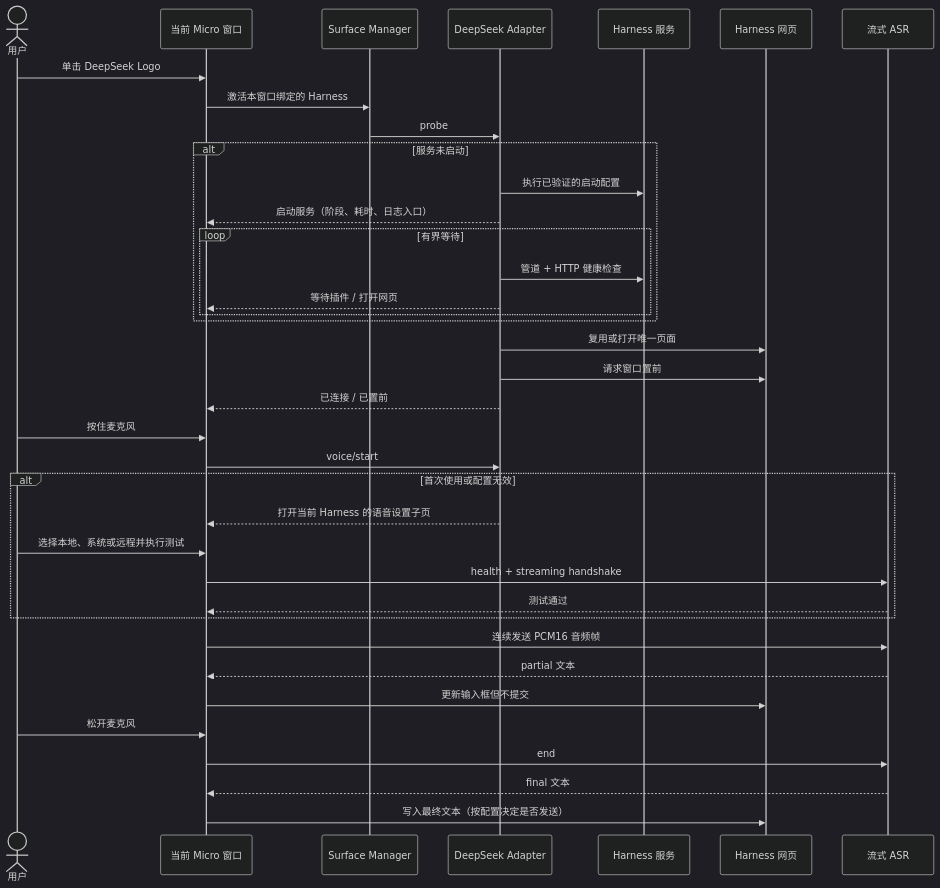
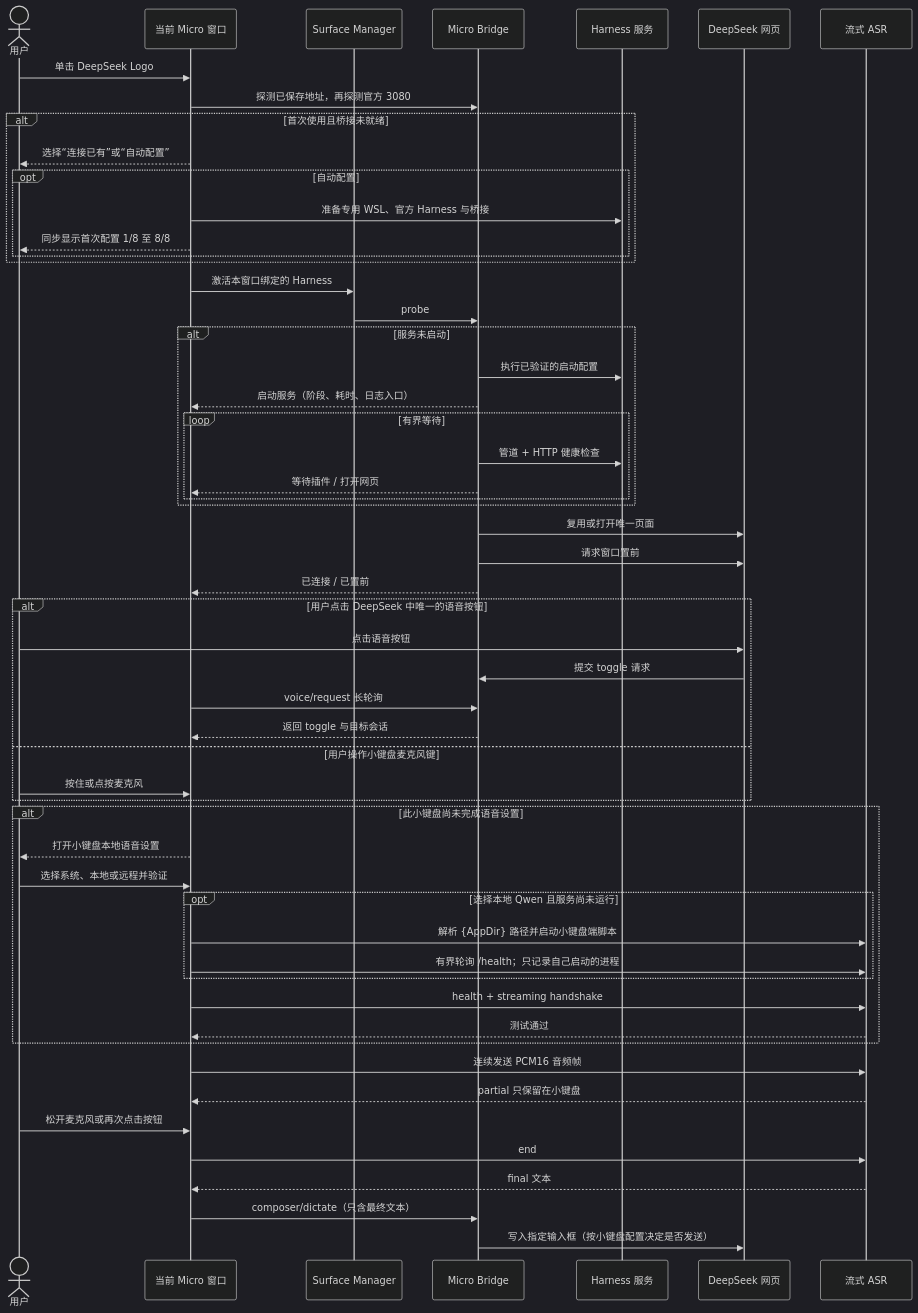
Before and after one commit to gantrol/AgentController: the second of 2 diagrams in virtual-micro/DESIGN.zh-CN.md, drawn with Mermaid (dark theme). The commit also changed other lines of this file and 71 other files, not shown here.

Commit message:
release(micro): ship Deepseek Harness Keypad v0.2.4

````diff
--- a/virtual-micro/DESIGN.zh-CN.md
+++ b/virtual-micro/DESIGN.zh-CN.md
@@ -363,41 +374,59 @@
 ```mermaid
 sequenceDiagram
     actor U as 用户
     participant M as 当前 Micro 窗口
     participant SM as Surface Manager
-    participant A as DeepSeek Adapter
+    participant B as Micro Bridge
     participant H as Harness 服务
-    participant W as Harness 网页
+    participant D as DeepSeek 网页
     participant V as 流式 ASR
 
     U->>M: 单击 DeepSeek Logo
-    M->>SM: 激活本窗口绑定的 Harness
-    SM->>A: probe
-    alt 服务未启动
-        A->>H: 执行已验证的启动配置
-        A-->>M: 启动服务（阶段、耗时、日志入口）
-        loop 有界等待
-            A->>H: 管道 + HTTP 健康检查
-            A-->>M: 等待插件 / 打开网页
+    M->>B: 探测已保存地址，再探测官方 3080
+    alt 首次使用且桥接未就绪
+        M-->>U: 选择“连接已有”或“自动配置”
+        opt 自动配置
+            M->>H: 准备专用 WSL、官方 Harness 与桥接
+            M-->>U: 同步显示首次配置 1/8 至 8/8
         end
     end
-    A->>W: 复用或打开唯一页面
-    A->>W: 请求窗口置前
-    A-->>M: 已连接 / 已置前
+    M->>SM: 激活本窗口绑定的 Harness
+    SM->>B: probe
+    alt 服务未启动
+        B->>H: 执行已验证的启动配置
+        B-->>M: 启动服务（阶段、耗时、日志入口）
+        loop 有界等待
+            B->>H: 管道 + HTTP 健康检查
+            B-->>M: 等待插件 / 打开网页
+        end
+    end
+    B->>D: 复用或打开唯一页面
+    B->>D: 请求窗口置前
+    B-->>M: 已连接 / 已置前
 
-    U->>M: 按住麦克风
-    M->>A: voice/start
-    alt 首次使用或配置无效
-        A-->>M: 打开当前 Harness 的语音设置子页
-        U->>M: 选择本地、系统或远程并执行测试
+    alt 用户点击 DeepSeek 中唯一的语音按钮
+        U->>D: 点击语音按钮
+        D->>B: 提交 toggle 请求
+        M->>B: voice/request 长轮询
+        B-->>M: 返回 toggle 与目标会话
+    else 用户操作小键盘麦克风键
+        U->>M: 按住或点按麦克风
+    end
+    alt 此小键盘尚未完成语音设置
+        M-->>U: 打开小键盘本地语音设置
+        U->>M: 选择系统、本地或远程并验证
+        opt 选择本地 Qwen 且服务尚未运行
+            M->>V: 解析 {AppDir} 路径并启动小键盘端脚本
+            M->>V: 有界轮询 /health；只记录自己启动的进程
+        end
         M->>V: health + streaming handshake
         V-->>M: 测试通过
     end
     M->>V: 连续发送 PCM16 音频帧
-    V-->>M: partial 文本
-    M->>W: 更新输入框但不提交
-    U->>M: 松开麦克风
+    V-->>M: partial 只保留在小键盘
+    U->>M: 松开麦克风或再次点击按钮
     M->>V: end
     V-->>M: final 文本
-    M->>W: 写入最终文本（按配置决定是否发送）
+    M->>B: composer/dictate（只含最终文本）
+    B->>D: 写入指定输入框（按小键盘配置决定是否发送）
 ```
````
